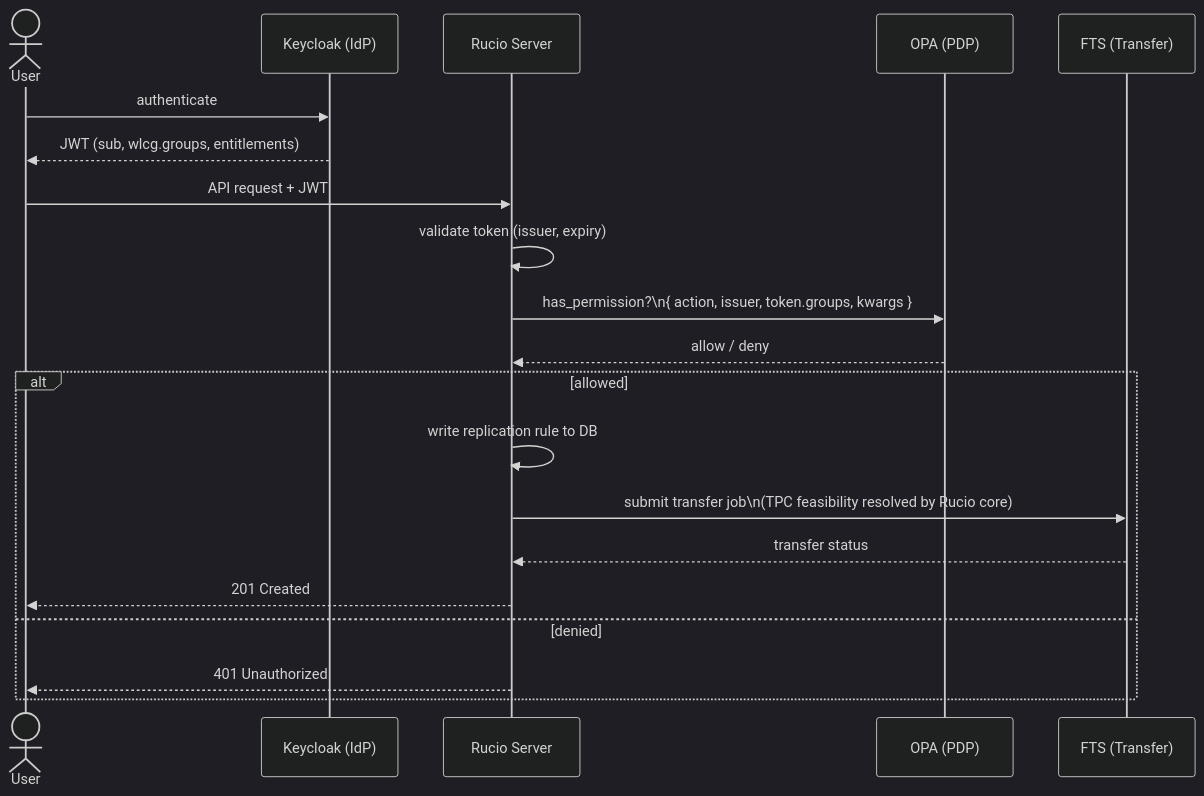
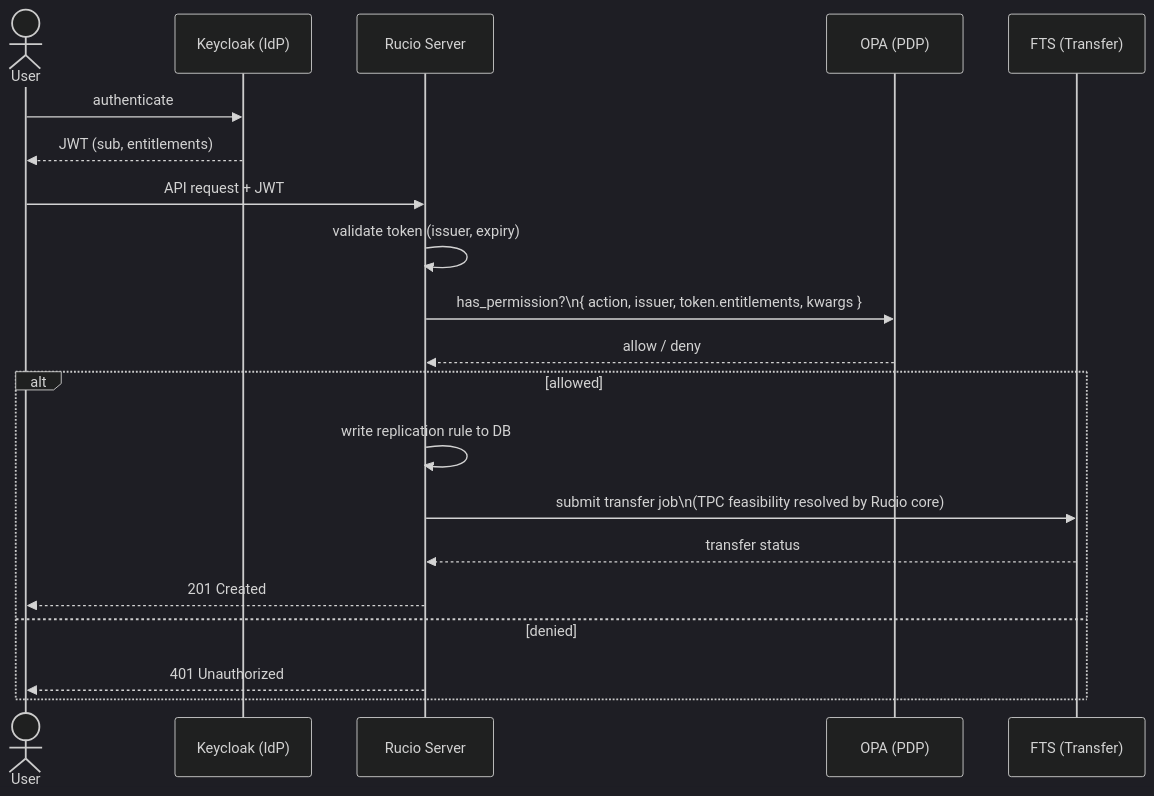
One commit to mgajek-cern/opa-policy-package changed the diagram in README.md. Above: the diagram before and after it, drawn with Mermaid (dark theme). The commit also changed other lines of this file and 39 other files, not shown here.

````diff
--- a/README.md
+++ b/README.md
@@ -20,25 +23,25 @@
 ```mermaid
 sequenceDiagram
     actor User
     participant KC as Keycloak (IdP)
     participant Rucio as Rucio Server
     participant OPA as OPA (PDP)
     participant FTS as FTS (Transfer)
 
     User->>KC: authenticate
-    KC-->>User: JWT (sub, wlcg.groups, entitlements)
+    KC-->>User: JWT (sub, entitlements)
 
     User->>Rucio: API request + JWT
     Rucio->>Rucio: validate token (issuer, expiry)
-    Rucio->>OPA: has_permission?\n{ action, issuer, token.groups, kwargs }
+    Rucio->>OPA: has_permission?\n{ action, issuer, token.entitlements, kwargs }
     OPA-->>Rucio: allow / deny
 
     alt allowed
         Rucio->>Rucio: write replication rule to DB
         Rucio->>FTS: submit transfer job\n(TPC feasibility resolved by Rucio core)
         FTS-->>Rucio: transfer status
         Rucio-->>User: 201 Created
     else denied
         Rucio-->>User: 401 Unauthorized
     end
 ```
````
